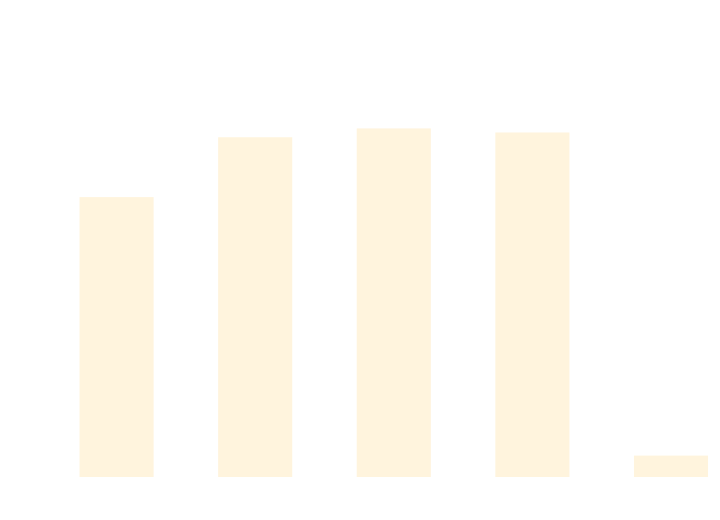
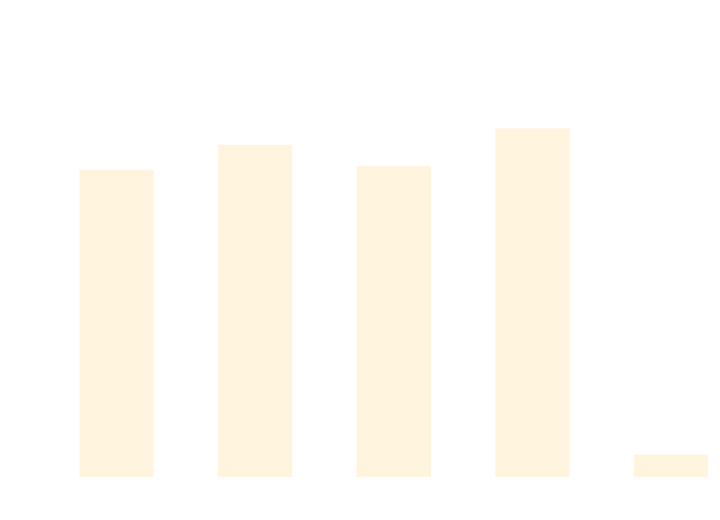
Before and after one commit to thomhurst/TUnit: the diagram in docs/docs/benchmarks/DataDrivenTests.md, drawn with Mermaid. The commit also changed other lines of this file and 17 other files, not shown here.

````diff
--- a/docs/docs/benchmarks/DataDrivenTests.md
+++ b/docs/docs/benchmarks/DataDrivenTests.md
@@ -27,37 +27,37 @@
 ```mermaid
 %%{init: {
   'theme':'base',
   'themeVariables': {
     'primaryColor': '#2563eb',
     'primaryTextColor': '#ffffff',
     'primaryBorderColor': '#1e40af',
     'lineColor': '#6b7280',
     'secondaryColor': '#7c3aed',
     'tertiaryColor': '#dc2626',
     'background': '#ffffff',
     'mainBkg': '#2563eb',
     'secondBkg': '#7c3aed',
     'tertiaryBkg': '#dc2626',
     'clusterBkg': '#f3f4f6',
     'edgeLabelBackground': '#ffffff',
     'tertiaryTextColor': '#1f2937',
     'pie1': '#2563eb',
     'pie2': '#7c3aed',
     'pie3': '#dc2626',
     'pie4': '#f59e0b',
     'pie5': '#10b981',
     'pie6': '#06b6d4',
     'pie7': '#ec4899',
     'pie8': '#6366f1',
     'pie9': '#84cc16',
     'pie10': '#f97316',
     'pie11': '#14b8a6',
     'pie12': '#a855f7'
   }
 }}%%
 xychart-beta
   title "DataDrivenTests Performance Comparison"
   x-axis ["TUnit", "NUnit", "MSTest", "xUnit3", "TUnit_AOT"]
-  y-axis "Time (ms)" 0 --> 742
-  bar [493.26, 601.85, 617.89, 610.52, 24.33]
+  y-axis "Time (ms)" 0 --> 688
+  bar [503.36, 545.44, 509.42, 572.97, 24.12]
 ```
````
